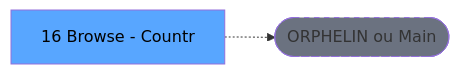
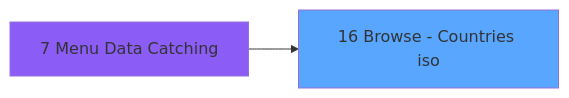
Before and after one commit to thonyAGP/magic-migration: the third of 4 diagrams in .openspec/specs/ADH-IDE-16.md, drawn with Mermaid. The commit also changed other lines of this file and 253 other files, not shown here.

````diff
--- a/.openspec/specs/ADH-IDE-16.md
+++ b/.openspec/specs/ADH-IDE-16.md
@@ -117,8 +855,8 @@
 ```mermaid
 graph LR
-    T[16 Browse - Countr]
-    ORPHAN([ORPHELIN ou Main])
-    T -.-> ORPHAN
-    style T fill:#58a6ff,color:#000
-    style ORPHAN fill:#6b7280,stroke-dasharray: 5 5
+    T16[16 Browse - Countries iso]
+    style T16 fill:#58a6ff
+    CC7[7 Menu Data Catching]
+    style CC7 fill:#8b5cf6
+    CC7 --> T16
 ```
````
